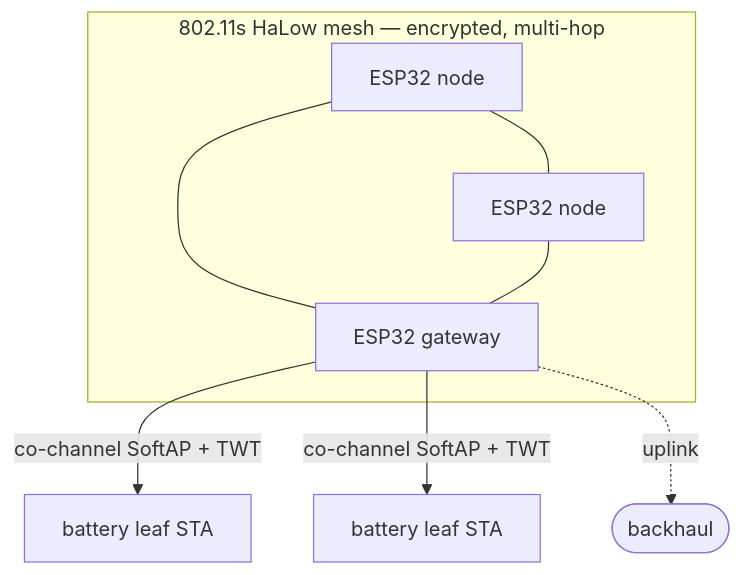
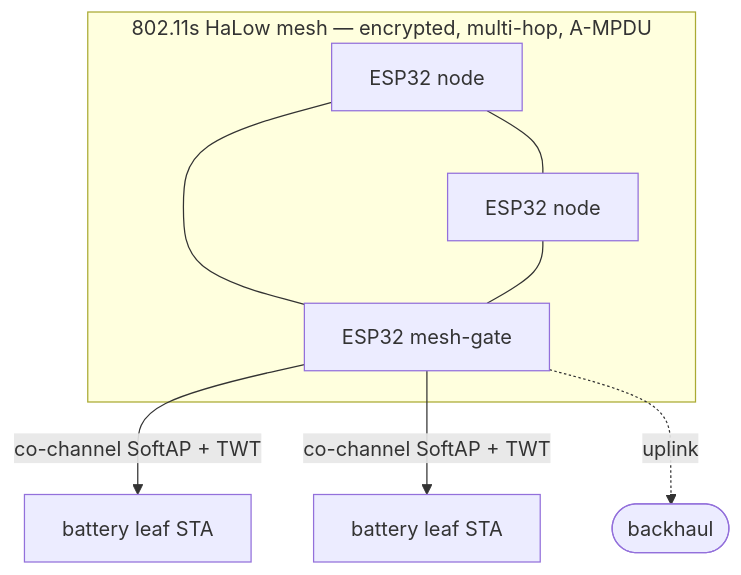
Before and after one commit to teapotlaboratories/mm-esp32-halow: the diagram in README.md, drawn with Mermaid. The commit also changed other lines of this file, not shown here.

````diff
--- a/README.md
+++ b/README.md
@@ -21,11 +21,11 @@
 ```mermaid
 graph TD
-  subgraph MESH["802.11s HaLow mesh — encrypted, multi-hop"]
+  subgraph MESH["802.11s HaLow mesh — encrypted, multi-hop, A-MPDU"]
     A[ESP32 node] --- B[ESP32 node]
-    A --- G[ESP32 gateway]
+    A --- G[ESP32 mesh-gate]
     B --- G
   end
   G -->|co-channel SoftAP + TWT| L1[battery leaf STA]
   G -->|co-channel SoftAP + TWT| L2[battery leaf STA]
   G -. uplink .-> NET([backhaul])
 ```
````
